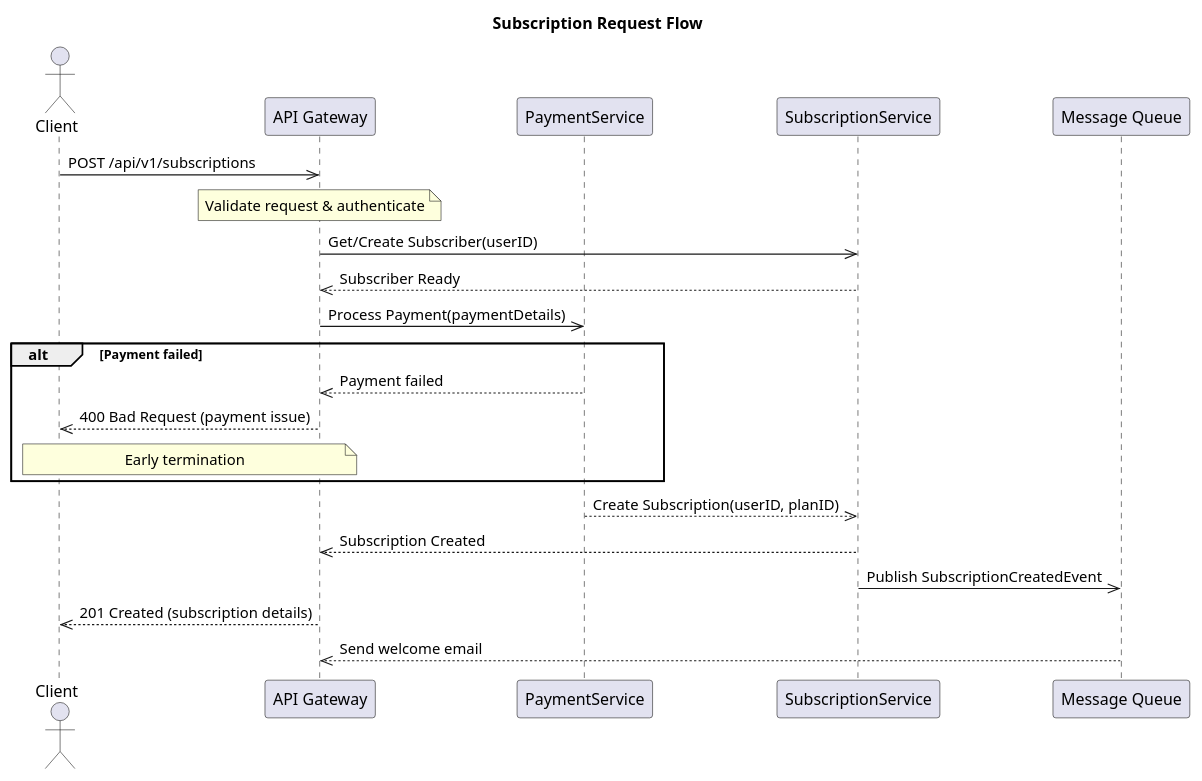
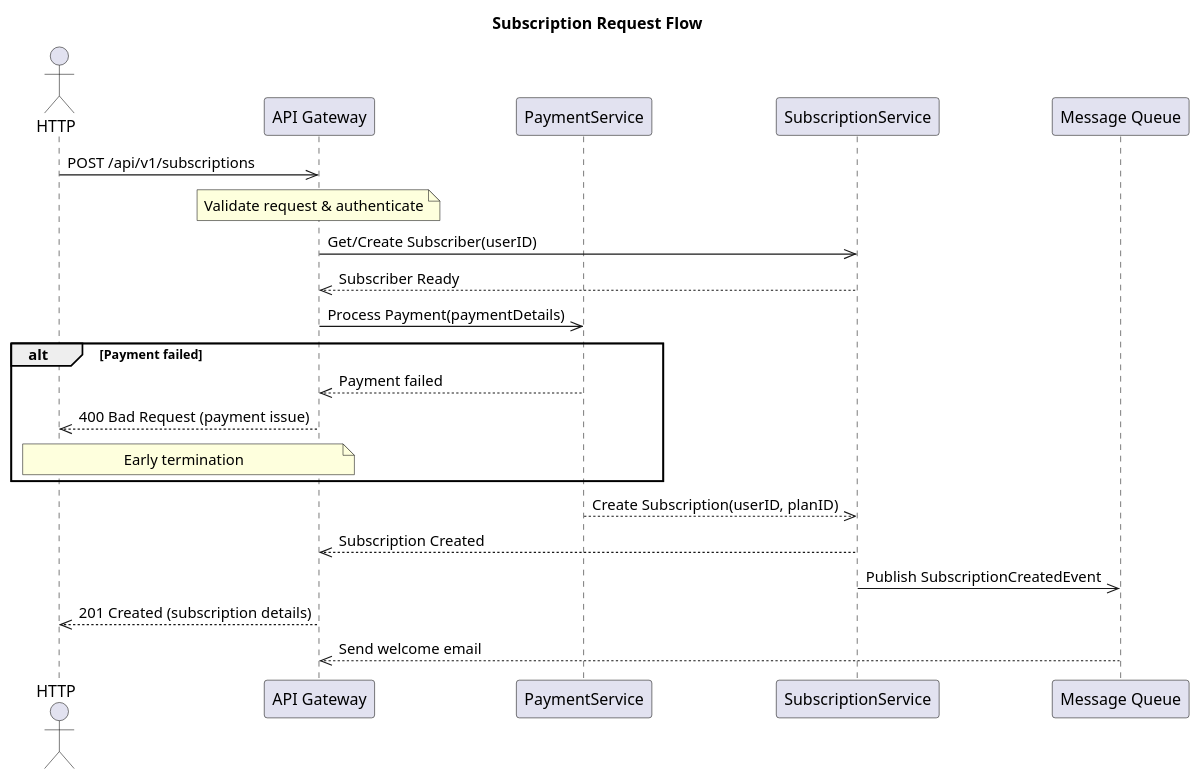
Before and after one commit to diasjakupov/golang_subscription_micro: the first of 6 diagrams in sequence_diagram.md, drawn with PlantUML. The commit also changed other lines of this file and 23 other files, not shown here.

```diff
--- a/sequence_diagram.md
+++ b/sequence_diagram.md
@@ -1,32 +1,32 @@
 @startuml
 title Subscription Request Flow
 
-actor Client
+actor HTTP
 participant API as "API Gateway"
 participant Payment as "PaymentService"
 participant Subscription as "SubscriptionService"
 participant Queue as "Message Queue"
 
-Client->>API: POST /api/v1/subscriptions
+HTTP->>API: POST /api/v1/subscriptions
 note over API: Validate request & authenticate
 
 API->>Subscription: Get/Create Subscriber(userID)
 Subscription-->>API: Subscriber Ready
 
 API->>Payment: Process Payment(paymentDetails)
 alt Payment failed
     Payment-->>API: Payment failed
-    API-->>Client: 400 Bad Request (payment issue)
-    note over Client, API: Early termination
+    API-->>HTTP: 400 Bad Request (payment issue)
+    note over HTTP, API: Early termination
 end
 
 Payment-->>Subscription: Create Subscription(userID, planID)
 Subscription-->>API: Subscription Created
 
 Subscription->>Queue: Publish SubscriptionCreatedEvent
 
-API-->>Client: 201 Created (subscription details)
+API-->>HTTP: 201 Created (subscription details)
 
 Queue-->>API: Send welcome email  
 
 @enduml
```
